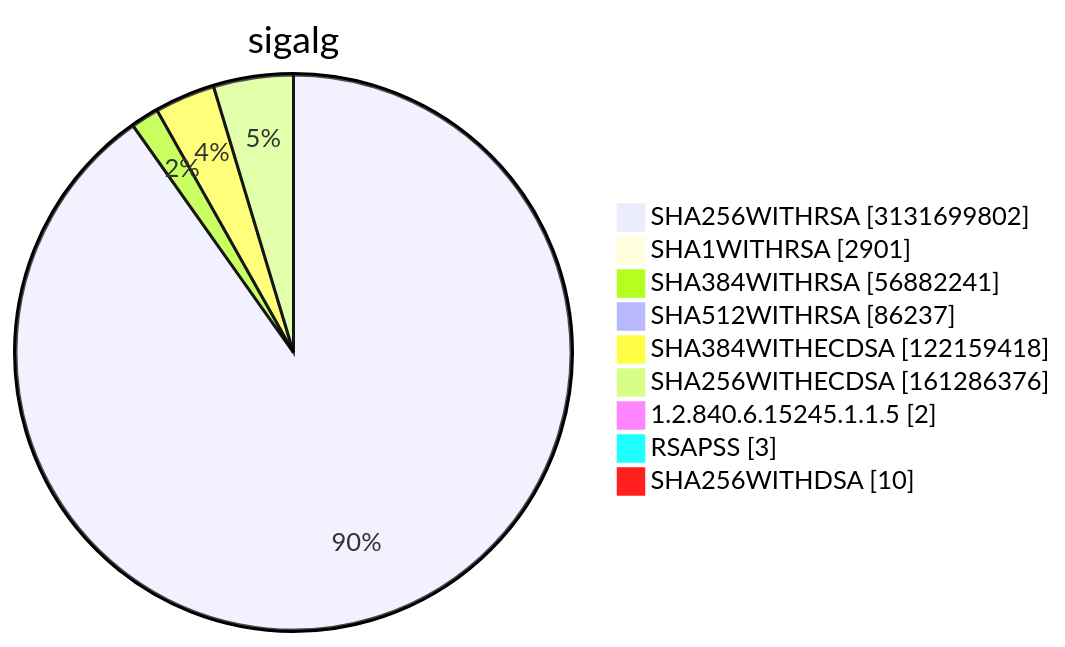
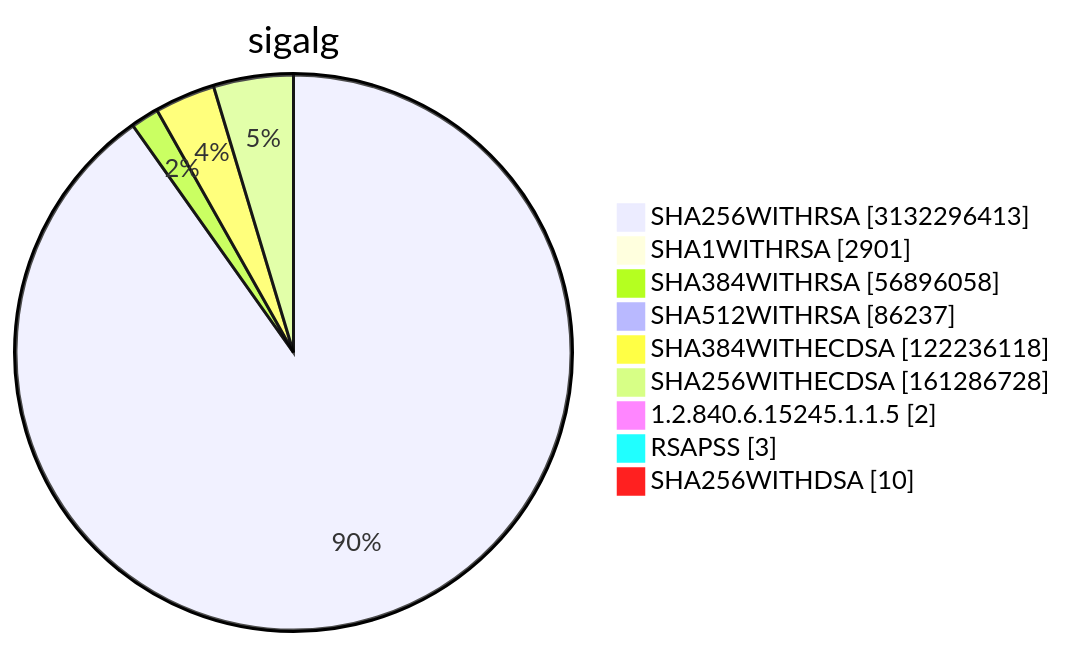
One commit to christiankrug/ctmonitor_visualization changed diagram 15 of 15 in TOTAL/README.md. Above: the diagram before and after it, drawn with Mermaid. The commit also changed other lines of this file, not shown here.

````diff
--- a/TOTAL/README.md
+++ b/TOTAL/README.md
@@ -6212,13 +6212,13 @@
 ```mermaid
 pie showData
 title sigalg
-"SHA256WITHRSA" :3131699802
+"SHA256WITHRSA" :3132296413
 "SHA1WITHRSA" :2901
-"SHA384WITHRSA" :56882241
+"SHA384WITHRSA" :56896058
 "SHA512WITHRSA" :86237
-"SHA384WITHECDSA" :122159418
-"SHA256WITHECDSA" :161286376
+"SHA384WITHECDSA" :122236118
+"SHA256WITHECDSA" :161286728
 "1.2.840.6.15245.1.1.5" :2
 "RSAPSS" :3
 "SHA256WITHDSA" :10
 ```
````
